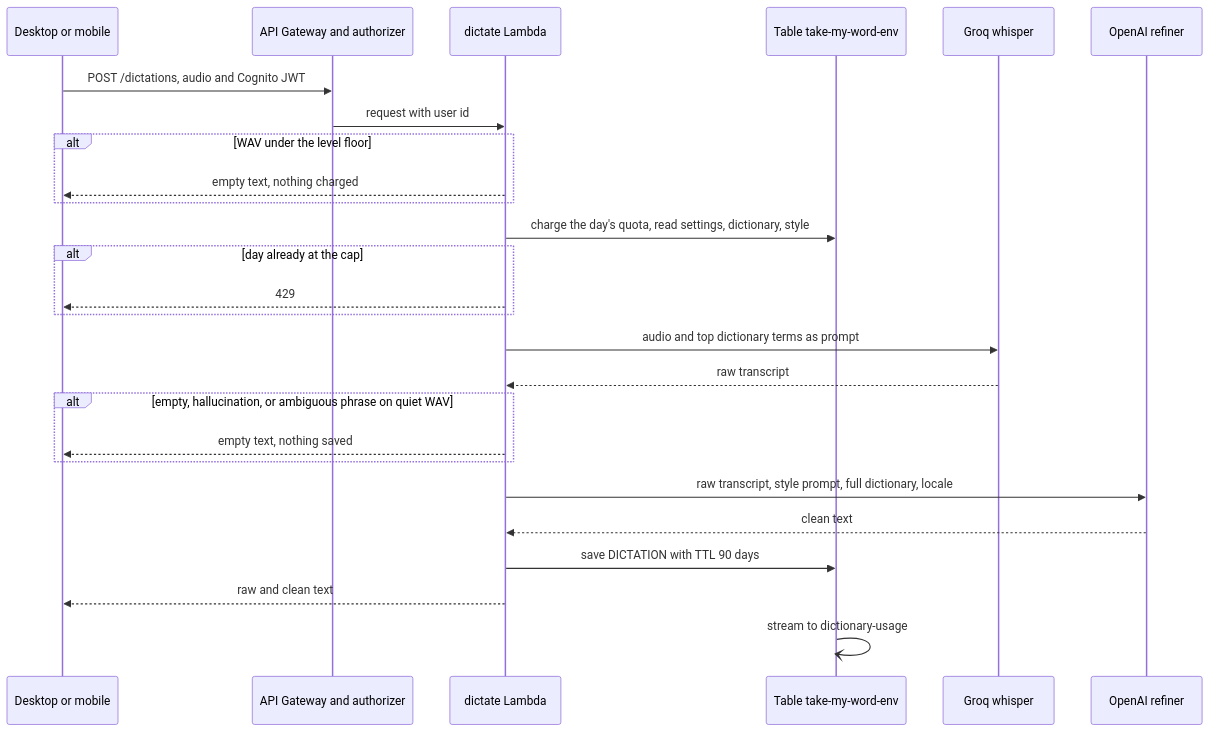
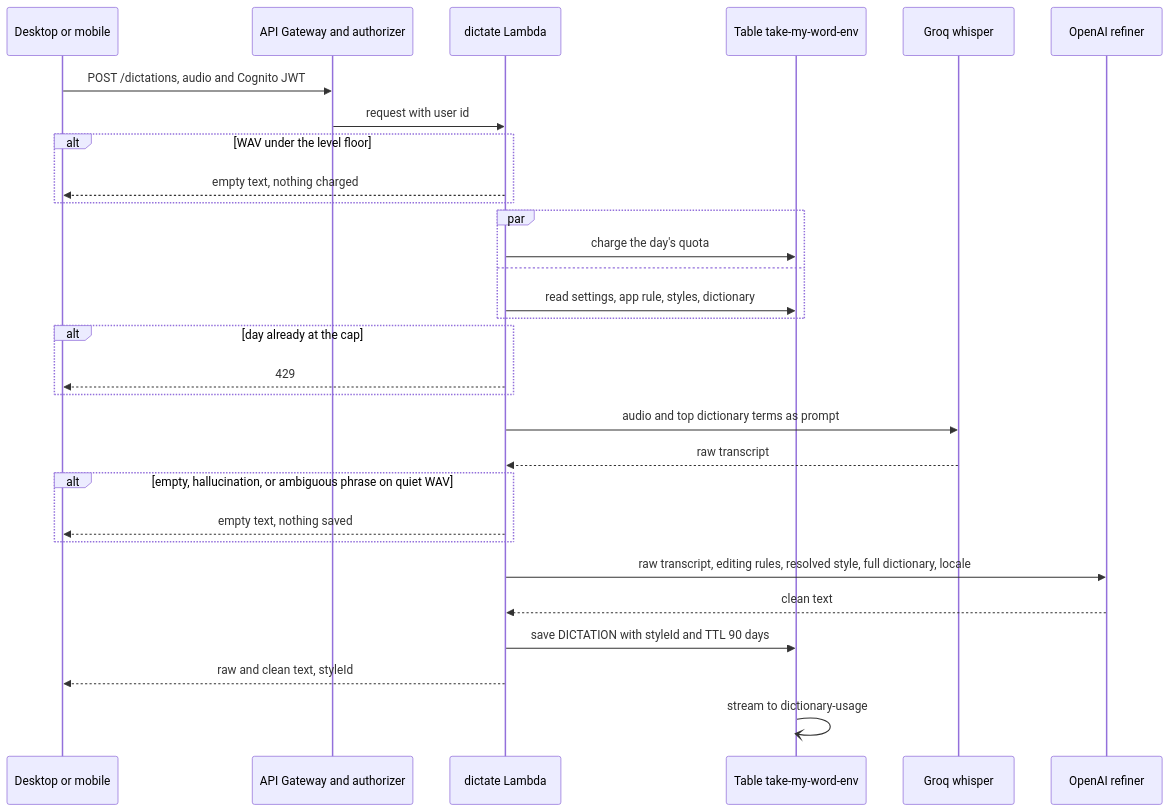
The diagram in docs/modules/dictation/flows.md (sebasfles/take-my-word), drawn with Mermaid before and after one commit. The commit also changed other lines of this file and 23 other files, not shown here.

Commit message:
docs(dictionary,styles,dictation,auth,infra): 0003 task docs

````diff
--- a/docs/modules/dictation/flows.md
+++ b/docs/modules/dictation/flows.md
@@ -14,28 +14,32 @@
 ```mermaid
 sequenceDiagram
   participant C as Desktop or mobile
   participant G as API Gateway and authorizer
   participant D as dictate Lambda
   participant T as Table take-my-word-env
   participant S as Groq whisper
   participant R as OpenAI refiner
   C->>G: POST /dictations, audio and Cognito JWT
   G->>D: request with user id
   alt WAV under the level floor
     D-->>C: empty text, nothing charged
   end
-  D->>T: charge the day's quota, read settings, dictionary, style
+  par
+    D->>T: charge the day's quota
+  and
+    D->>T: read settings, app rule, styles, dictionary
+  end
   alt day already at the cap
     D-->>C: 429
   end
   D->>S: audio and top dictionary terms as prompt
   S-->>D: raw transcript
   alt empty, hallucination, or ambiguous phrase on quiet WAV
     D-->>C: empty text, nothing saved
   end
-  D->>R: raw transcript, style prompt, full dictionary, locale
+  D->>R: raw transcript, editing rules, resolved style, full dictionary, locale
   R-->>D: clean text
-  D->>T: save DICTATION with TTL 90 days
-  D-->>C: raw and clean text
+  D->>T: save DICTATION with styleId and TTL 90 days
+  D-->>C: raw and clean text, styleId
   T-)T: stream to dictionary-usage
 ```
````
